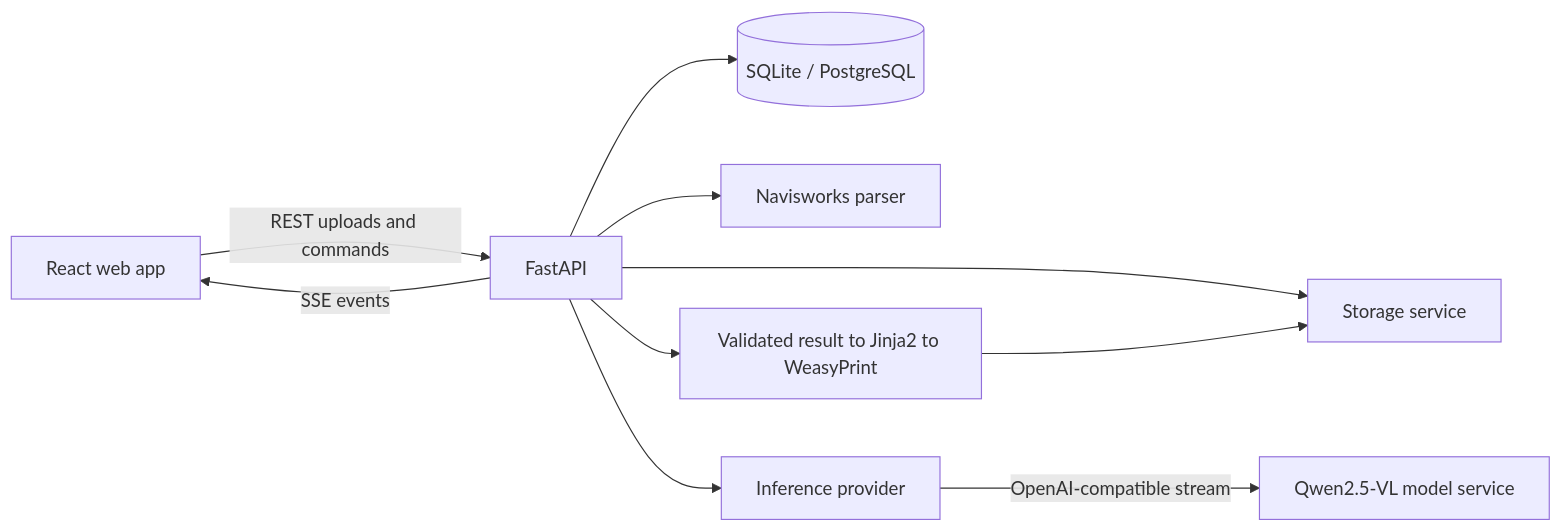
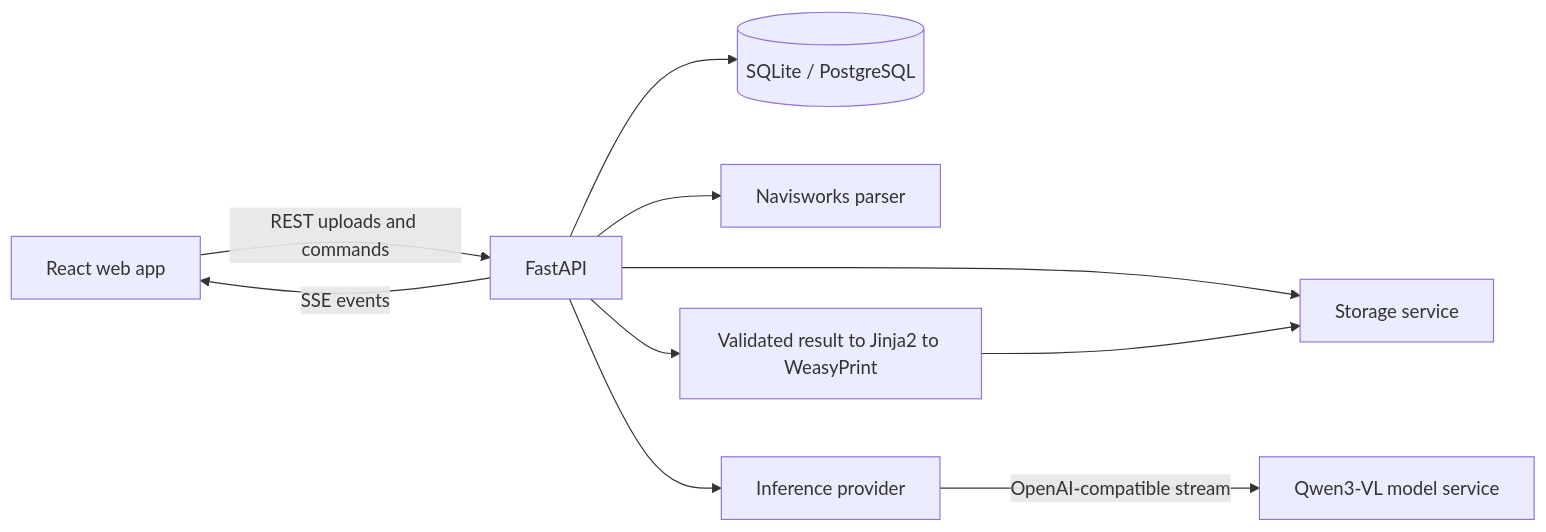
One commit to LeeHaii/ClashDetectionAI changed the diagram in docs/architecture.md. Above: the diagram before and after it, drawn with Mermaid. The commit also changed 9 other files, not shown here.

````diff
--- a/docs/architecture.md
+++ b/docs/architecture.md
@@ -5,12 +5,12 @@
 ```mermaid
 flowchart LR
     browser[React web app] -->|REST uploads and commands| api[FastAPI]
     api --> db[(SQLite / PostgreSQL)]
     api --> files[Storage service]
     api --> parser[Navisworks parser]
     api --> inference[Inference provider]
-    inference -->|OpenAI-compatible stream| model[Qwen2.5-VL model service]
+    inference -->|OpenAI-compatible stream| model[Qwen3-VL model service]
     api -->|SSE events| browser
     api --> pdf[Validated result to Jinja2 to WeasyPrint]
     pdf --> files
 ```
````
